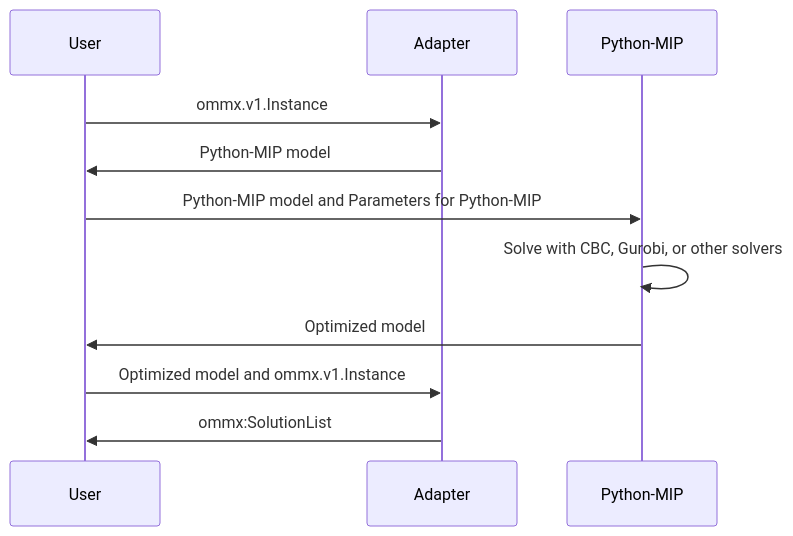
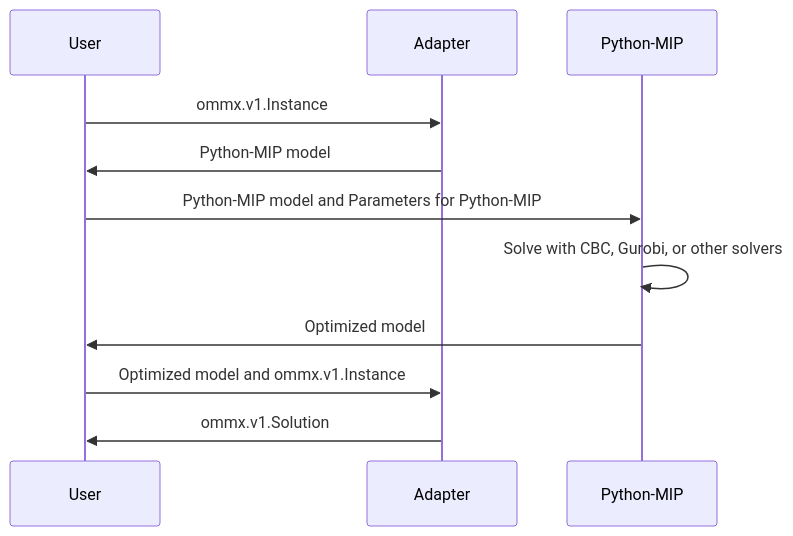
Before and after one commit to Jij-Inc/ommx: the first of 2 diagrams in python/ommx-python-mip-adapter/README.md, drawn with Mermaid. The commit also changed 1 other file, not shown here.

Commit message:
fix docstring and readme

````diff
--- a/python/ommx-python-mip-adapter/README.md
+++ b/python/ommx-python-mip-adapter/README.md
@@ -9,13 +9,13 @@
 ```mermaid
 sequenceDiagram
     participant U as User
     participant A as Adapter
     participant P as Python-MIP
     U->>A: ommx.v1.Instance
     A->>U: Python-MIP model
     U->>P: Python-MIP model and Parameters for Python-MIP;
     P->>P: Solve with CBC, Gurobi, or other solvers
     P->>U: Optimized model
     U->>A: Optimized model and ommx.v1.Instance
-    A->>U: ommx:SolutionList
+    A->>U: ommx.v1.Solution
 ```
````
